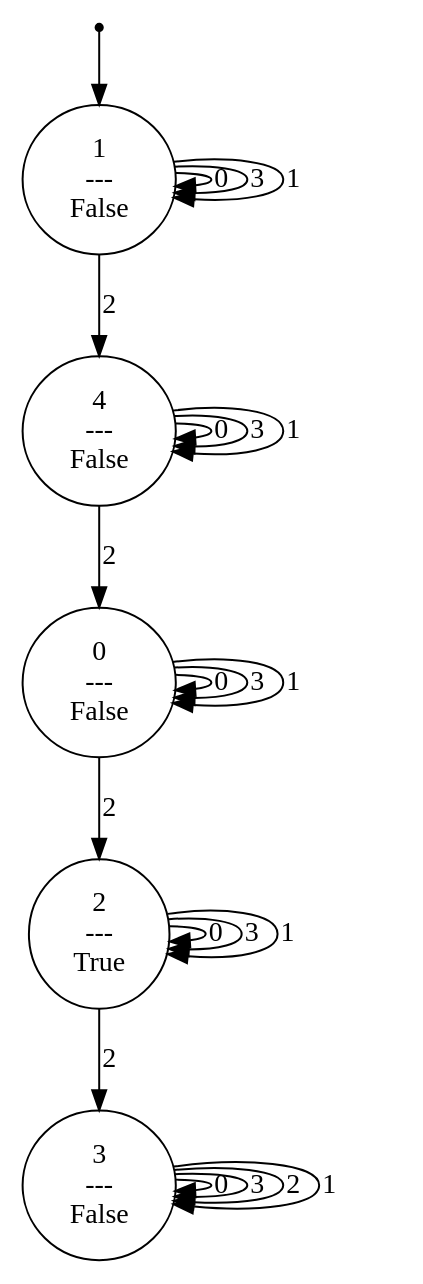
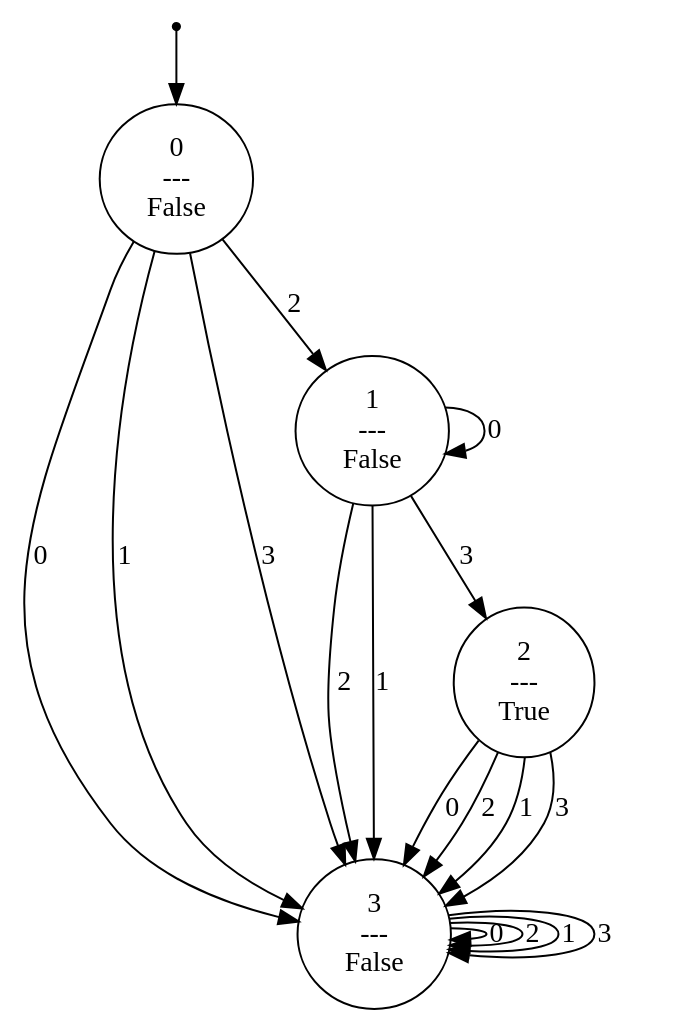
One commit to srnapls/history-rewards-for-pomdps changed the diagram in code/dot/m4.dot. Above: the diagram before and after it, drawn with Graphviz. The commit also changed 35 other files, not shown here.

```diff
--- a/code/dot/m4.dot
+++ b/code/dot/m4.dot
@@ -1,29 +1,24 @@
 digraph G {
 0 [label="", shape=point];
-0 -> 2;
+0 -> 1;
 1 [label="0\n---\nFalse"];
-1 -> 1  [label=0];
-1 -> 1  [label=3];
-1 -> 3  [label=2];
-1 -> 1  [label=1];
+1 -> 4  [label=0];
+1 -> 2  [label=2];
+1 -> 4  [label=1];
+1 -> 4  [label=3];
 2 [label="1\n---\nFalse"];
 2 -> 2  [label=0];
-2 -> 2  [label=3];
-2 -> 5  [label=2];
-2 -> 2  [label=1];
+2 -> 4  [label=2];
+2 -> 4  [label=1];
+2 -> 3  [label=3];
 3 [label="2\n---\nTrue"];
-3 -> 3  [label=0];
-3 -> 3  [label=3];
+3 -> 4  [label=0];
 3 -> 4  [label=2];
-3 -> 3  [label=1];
+3 -> 4  [label=1];
+3 -> 4  [label=3];
 4 [label="3\n---\nFalse"];
 4 -> 4  [label=0];
-4 -> 4  [label=3];
 4 -> 4  [label=2];
 4 -> 4  [label=1];
-5 [label="4\n---\nFalse"];
-5 -> 5  [label=0];
-5 -> 5  [label=3];
-5 -> 1  [label=2];
-5 -> 5  [label=1];
+4 -> 4  [label=3];
 }
```
